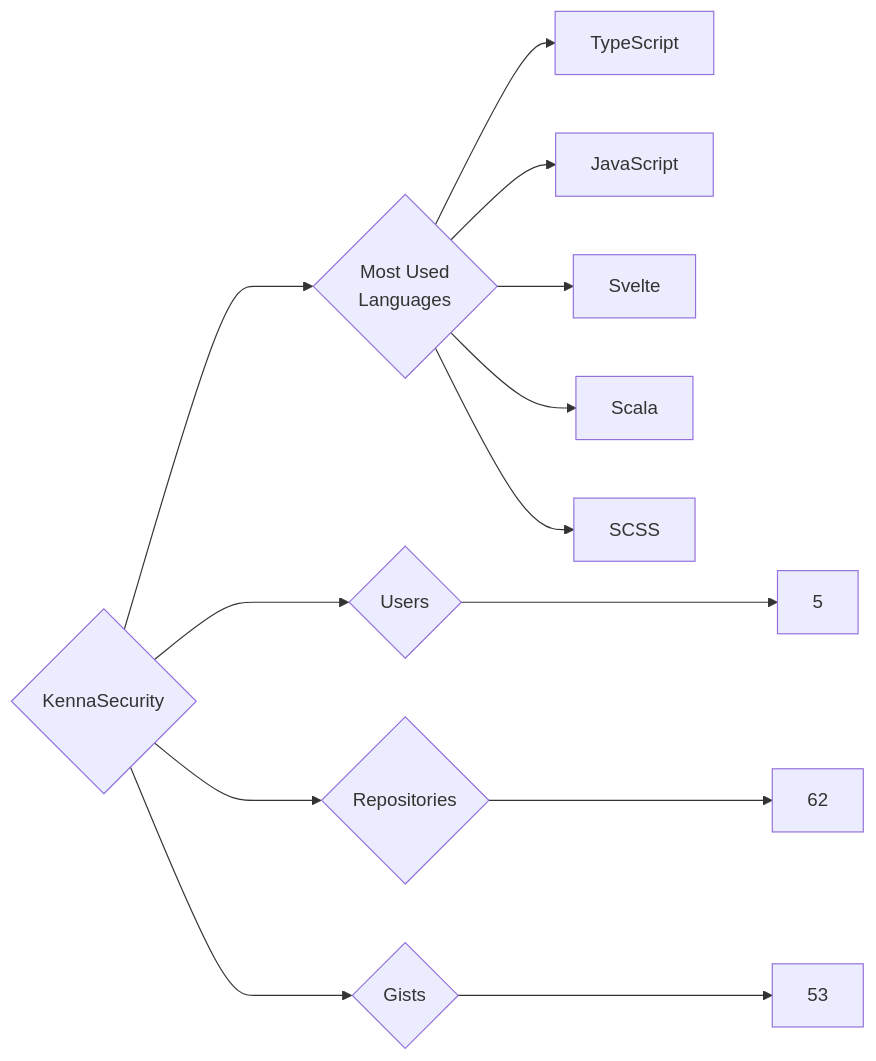
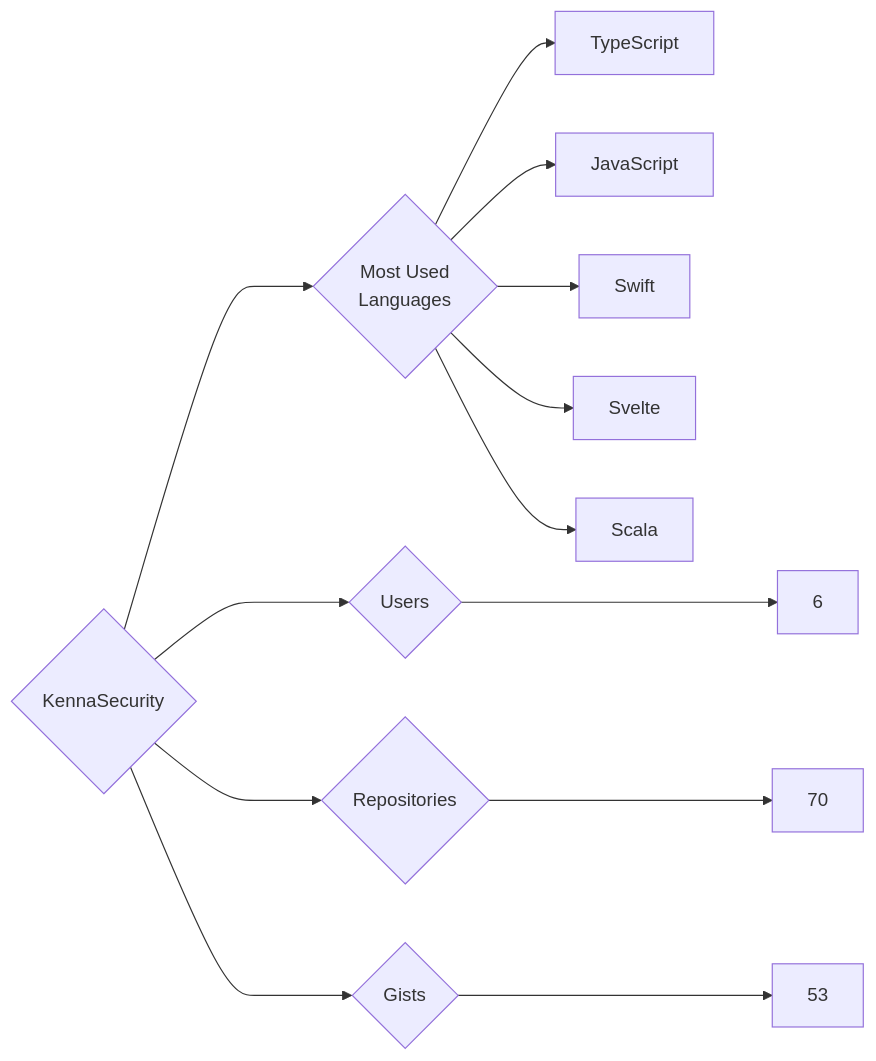
The diagram in targets/KennaSecurity/README.md (trickest/insiders), drawn with Mermaid before and after one commit. The commit also changed 1496 other files, not shown here.

````diff
--- a/targets/KennaSecurity/README.md
+++ b/targets/KennaSecurity/README.md
@@ -3,13 +3,13 @@
 ```mermaid
 graph LR
 COMPANY_NAME{KennaSecurity}
-COMPANY_NAME ---> U{Users} ---> UN[5]
-COMPANY_NAME ---> R{Repositories} ---> RN[62]
+COMPANY_NAME ---> U{Users} ---> UN[6]
+COMPANY_NAME ---> R{Repositories} ---> RN[70]
 COMPANY_NAME ---> G{Gists} ---> GN[53]
 COMPANY_NAME ---> ML{Most Used<br>Languages}
 ML --> TypeScript[TypeScript]
 ML --> JavaScript[JavaScript]
+ML --> Swift[Swift]
 ML --> Svelte[Svelte]
 ML --> Scala[Scala]
-ML --> SCSS[SCSS]
 ```
````
